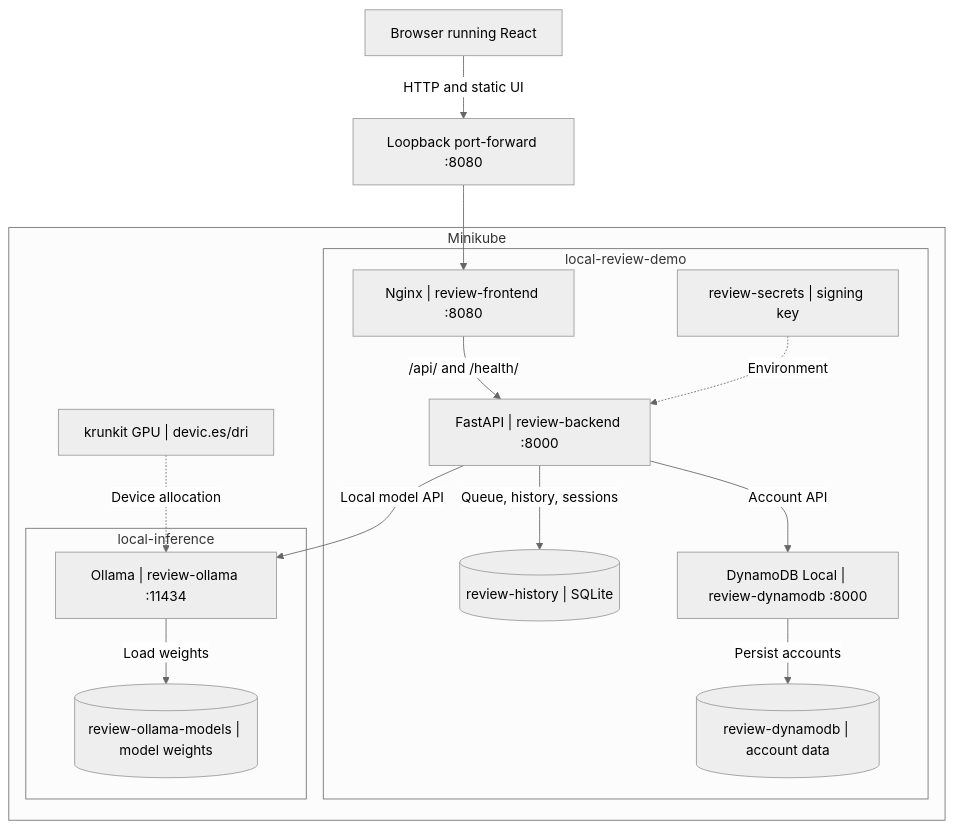
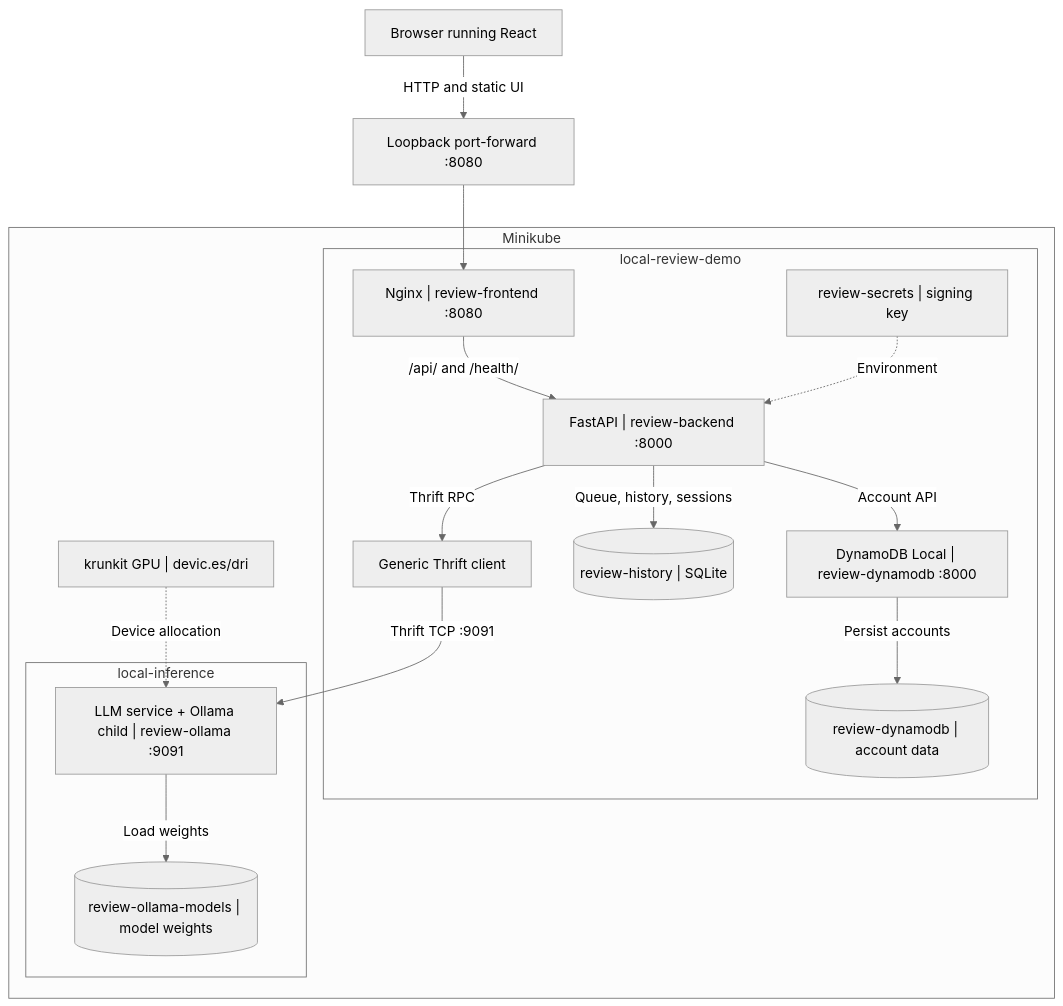
One commit to GodfreyLyu/LocalQwenDemo changed the first of 2 diagrams in docs/reference/architecture.md. Above: the diagram before and after it, drawn with Mermaid (neutral theme). The commit also changed other lines of this file and 144 other files, not shown here.

````diff
--- a/docs/reference/architecture.md
+++ b/docs/reference/architecture.md
@@ -24,32 +24,34 @@
 ```mermaid
 flowchart TB
     accTitle: LocalQwenDemo Minikube system layout
-    accDescr: A browser reaches Nginx through a loopback port-forward. Nginx proxies to one FastAPI backend, which uses SQLite, DynamoDB Local and an independent Ollama service. Three PVCs preserve application and model data.
+    accDescr: A browser reaches Nginx through a loopback port-forward. Nginx proxies to one FastAPI backend, which uses SQLite, DynamoDB Local and a Thrift worker backed by independent Ollama. Three PVCs preserve application and model data.
     browser["Browser running React"]
     forward["Loopback port-forward :8080"]
     subgraph cluster["Minikube"]
         subgraph application["local-review-demo"]
             frontend["Nginx | review-frontend :8080"]
             backend["FastAPI | review-backend :8000"]
+            worker["Generic Thrift client"]
             history[("review-history | SQLite")]
             accounts["DynamoDB Local | review-dynamodb :8000"]
             accountData[("review-dynamodb | account data")]
             signing["review-secrets | signing key"]
         end
         subgraph inference["local-inference"]
-            ollama["Ollama | review-ollama :11434"]
+            ollama["LLM service + Ollama child | review-ollama :9091"]
             models[("review-ollama-models | model weights")]
         end
         gpu["krunkit GPU | devic.es/dri"]
     end
     browser -->|"HTTP and static UI"| forward
     forward --> frontend
     frontend -->|"/api/ and /health/"| backend
     backend -->|"Queue, history, sessions"| history
     backend -->|"Account API"| accounts
     accounts -->|"Persist accounts"| accountData
-    backend -->|"Local model API"| ollama
+    backend -->|"Thrift RPC"| worker
+    worker -->|"Thrift TCP :9091"| ollama
     ollama -->|"Load weights"| models
     signing -.->|"Environment"| backend
     gpu -.->|"Device allocation"| ollama
 ```
````
